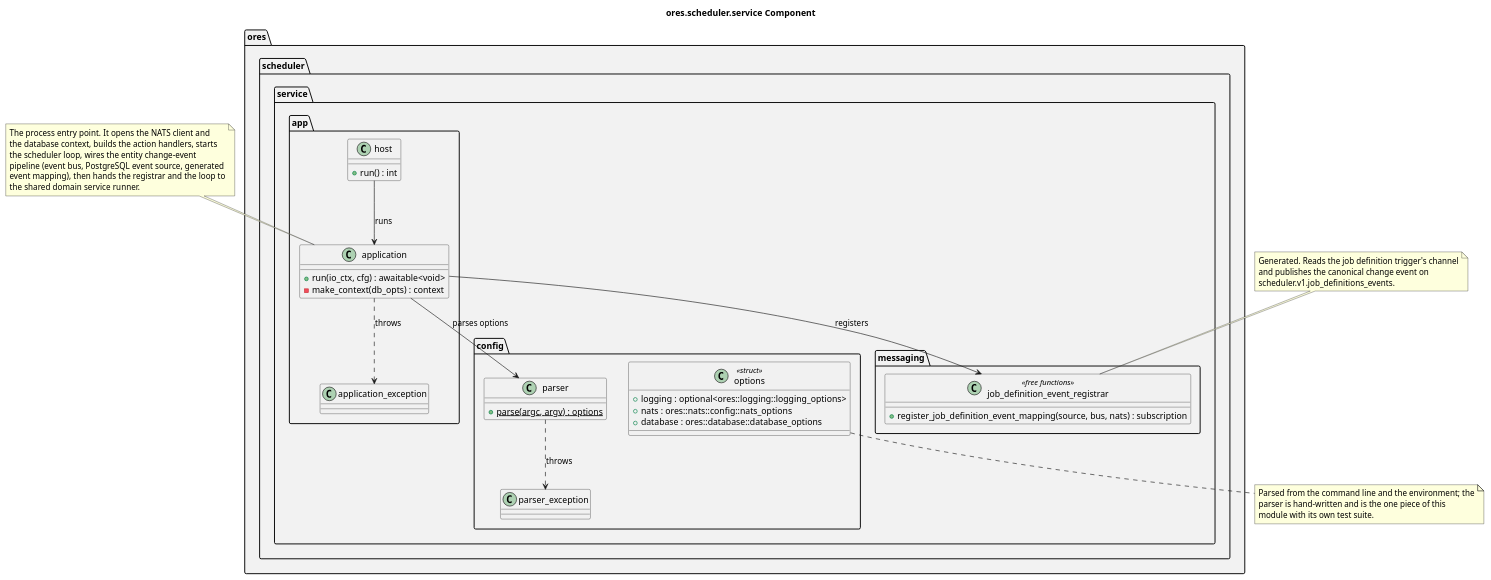
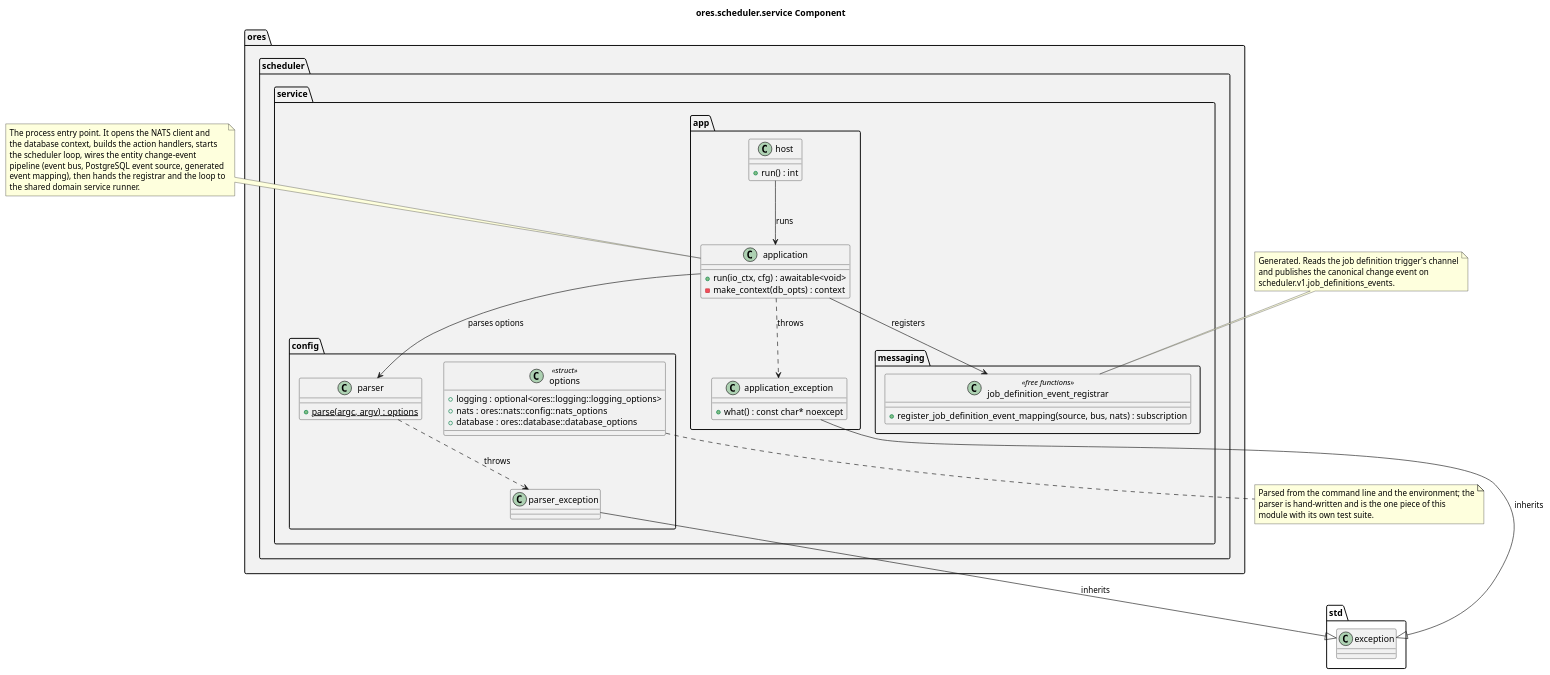
Before and after one commit to OreStudio/OreStudio: the diagram in projects/ores.scheduler/service/modeling/ores.scheduler.service.puml, drawn with PlantUML. The commit also changed 13 other files, not shown here.

First line of the commit message:
[scheduler] Fix what the verification pass found

```diff
--- a/projects/ores.scheduler/service/modeling/ores.scheduler.service.puml
+++ b/projects/ores.scheduler/service/modeling/ores.scheduler.service.puml
@@ -18,82 +18,85 @@
 @startuml
 
 title ores.scheduler.service Component
 
 set namespaceSeparator ::
 
 namespace ores #F2F2F2 {
     namespace scheduler #F2F2F2 {
         namespace service #F2F2F2 {
             namespace app #F2F2F2 {
                 class application {
                     +run(io_ctx, cfg) : awaitable<void>
                     -make_context(db_opts) : context
                 }
                 class application_exception {
+                    +what() : const char* noexcept
                 }
                 class host {
                     +run() : int
                 }
             }
             namespace config #F2F2F2 {
                 class options <<struct>> {
                     +logging : optional<ores::logging::logging_options>
                     +nats : ores::nats::config::nats_options
                     +database : ores::database::database_options
                 }
                 class parser {
                     {static} +parse(argc, argv) : options
                 }
                 class parser_exception {
                 }
             }
             namespace messaging #F2F2F2 {
                 class job_definition_event_registrar <<free functions>> {
                     +register_job_definition_event_mapping(source, bus, nats) : subscription
                 }
             }
         }
     }
 }
 
 ' --- manual: everything below this line is hand-authored; the script preserves it ---
 
 ' ---------------------------------------------------------------------------
 ' Relationships.
 ' ---------------------------------------------------------------------------
 
+ores::scheduler::service::app::application_exception --|> std::exception : inherits
+ores::scheduler::service::config::parser_exception --|> std::exception : inherits
 ores::scheduler::service::app::host --> ores::scheduler::service::app::application : runs
 ores::scheduler::service::app::application --> ores::scheduler::service::config::parser : parses options
 ores::scheduler::service::config::parser ..> ores::scheduler::service::config::parser_exception : throws
 ores::scheduler::service::app::application ..> ores::scheduler::service::app::application_exception : throws
 ores::scheduler::service::app::application --> ores::scheduler::service::messaging::job_definition_event_registrar : registers
 
 ' ---------------------------------------------------------------------------
 ' Notes.
 ' ---------------------------------------------------------------------------
 
 note top of application
   The process entry point. It opens the NATS client and
   the database context, builds the action handlers, starts
   the scheduler loop, wires the entity change-event
   pipeline (event bus, PostgreSQL event source, generated
   event mapping), then hands the registrar and the loop to
   the shared domain service runner.
 end note
 
 note top of job_definition_event_registrar
   Generated. Reads the job definition trigger's channel
   and publishes the canonical change event on
   scheduler.v1.job_definitions_events.
 end note
 
 note bottom of options
   Parsed from the command line and the environment; the
   parser is hand-written and is the one piece of this
   module with its own test suite.
 end note
 
 ' Local Variables:
 ' compile-command: "java -Djava.awt.headless=true -DPLANTUML_SECURITY_PROFILE=UNSECURE -DPLANTUML_LIMIT_SIZE=65535 -jar /usr/share/plantuml/plantuml.jar ores.scheduler.service.puml"
 ' End:
 @enduml
```
